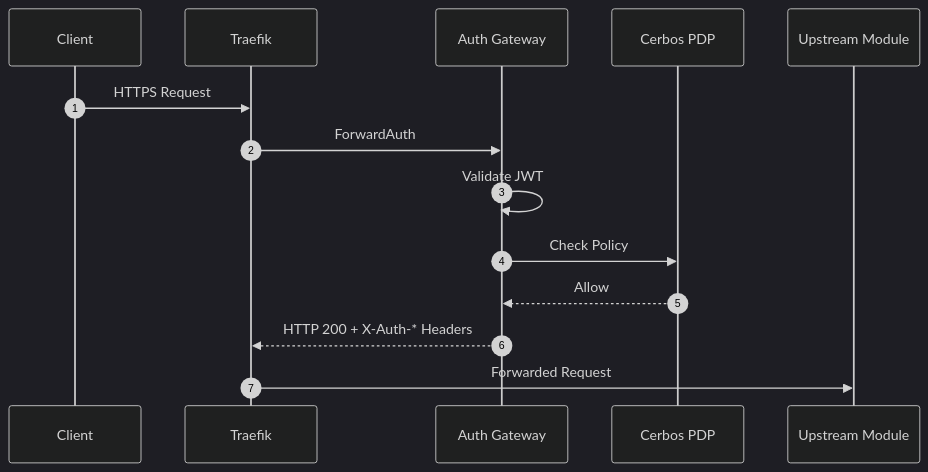
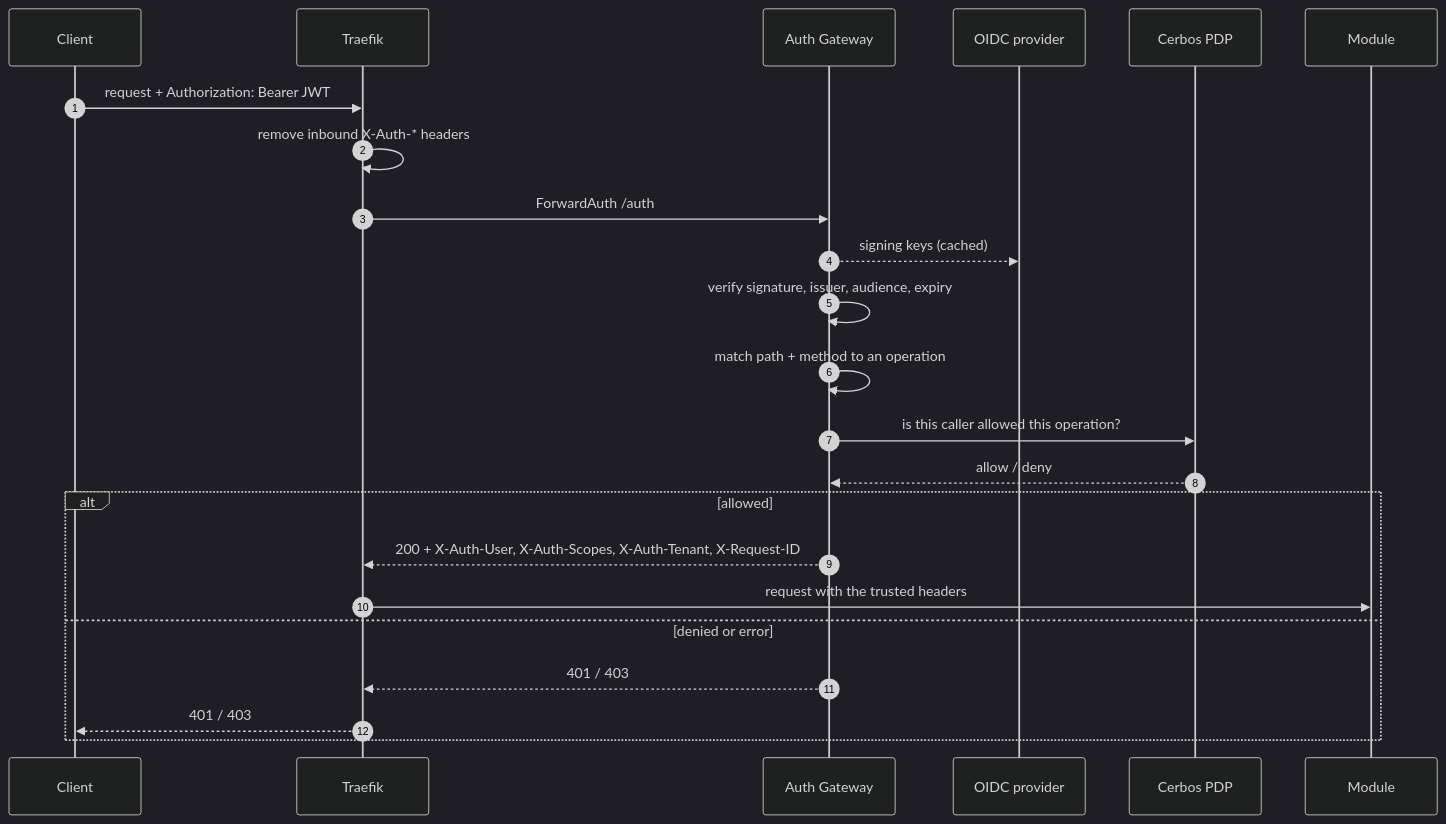
Before and after one commit to Labs64/labs64.io-docs: the diagram in modules/auth-gateway/index.md, drawn with Mermaid (dark theme). The commit also changed other lines of this file and 27 other files, not shown here.

First line of the commit message:
Make the public docs the primary architecture and module reference

````diff
--- a/modules/auth-gateway/index.md
+++ b/modules/auth-gateway/index.md
@@ -25,17 +27,26 @@
 ```mermaid
 sequenceDiagram
     autonumber
     participant C as Client
     participant T as Traefik
     participant AG as Auth Gateway
-    participant Cerbos as Cerbos PDP
-    participant M as Upstream Module
+    participant IdP as OIDC provider
+    participant PDP as Cerbos PDP
+    participant M as Module
 
-    C->>T: HTTPS Request
-    T->>AG: ForwardAuth
-    AG->>AG: Validate JWT
-    AG->>Cerbos: Check Policy
-    Cerbos-->>AG: Allow
-    AG-->>T: HTTP 200 + X-Auth-* Headers
-    T->>M: Forwarded Request
+    C->>T: request + Authorization: Bearer JWT
+    T->>T: remove inbound X-Auth-* headers
+    T->>AG: ForwardAuth /auth
+    AG-->>IdP: signing keys (cached)
+    AG->>AG: verify signature, issuer, audience, expiry
+    AG->>AG: match path + method to an operation
+    AG->>PDP: is this caller allowed this operation?
+    PDP-->>AG: allow / deny
+    alt allowed
+        AG-->>T: 200 + X-Auth-User, X-Auth-Scopes, X-Auth-Tenant, X-Request-ID
+        T->>M: request with the trusted headers
+    else denied or error
+        AG-->>T: 401 / 403
+        T-->>C: 401 / 403
+    end
 ```
````
